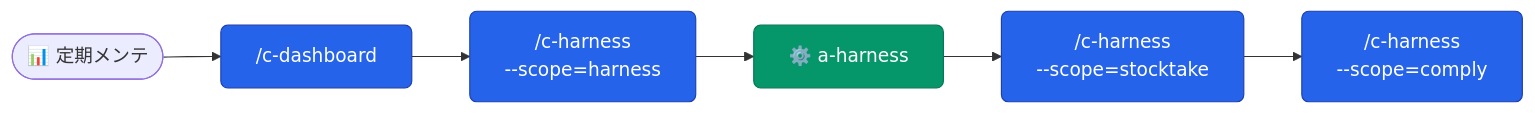
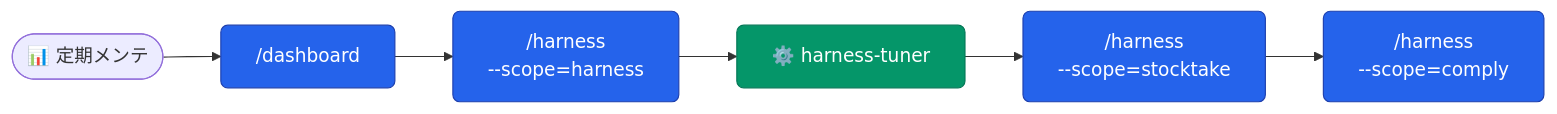
Before and after one commit to aokumablue/claq: the seventh of 12 diagrams in plugins/deepblue/README.md, drawn with Mermaid. The commit also changed other lines of this file and 125 other files, not shown here.

````diff
--- a/plugins/deepblue/README.md
+++ b/plugins/deepblue/README.md
@@ -184,11 +184,11 @@
 ```mermaid
 flowchart LR
   classDef cmd    fill:#2563eb,stroke:#1e40af,color:#fff,rx:6
   classDef agent  fill:#059669,stroke:#047857,color:#fff,rx:6
 
-  U(["📊 定期メンテ"]) --> CD["/c-dashboard"]:::cmd
-  CD --> CH1["/c-harness\n--scope=harness"]:::cmd
-  CH1 --> AH["⚙️ a-harness"]:::agent
-  AH --> CH2["/c-harness\n--scope=stocktake"]:::cmd
-  CH2 --> CH3["/c-harness\n--scope=comply"]:::cmd
+  U(["📊 定期メンテ"]) --> CD["/dashboard"]:::cmd
+  CD --> CH1["/harness\n--scope=harness"]:::cmd
+  CH1 --> AH["⚙️ harness-tuner"]:::agent
+  AH --> CH2["/harness\n--scope=stocktake"]:::cmd
+  CH2 --> CH3["/harness\n--scope=comply"]:::cmd
 ```
````
